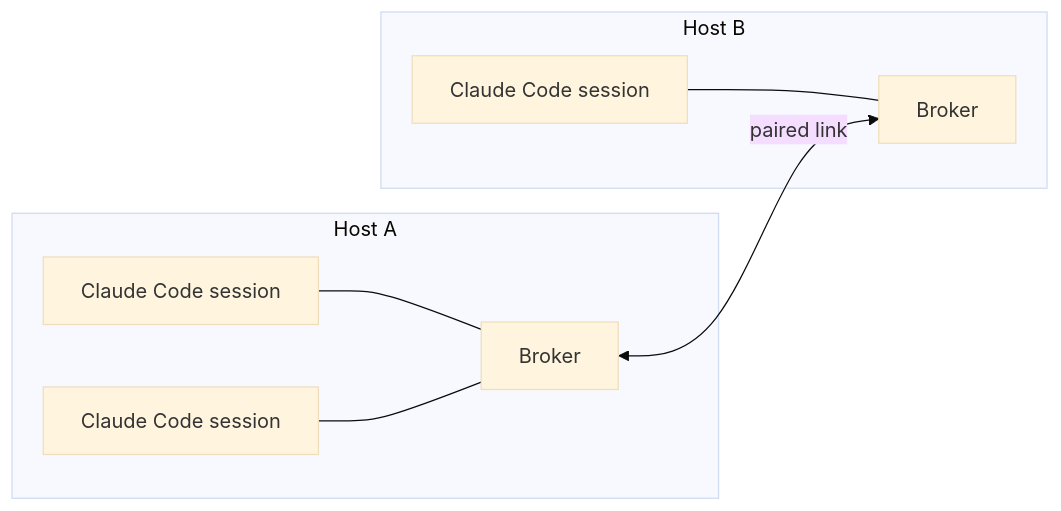
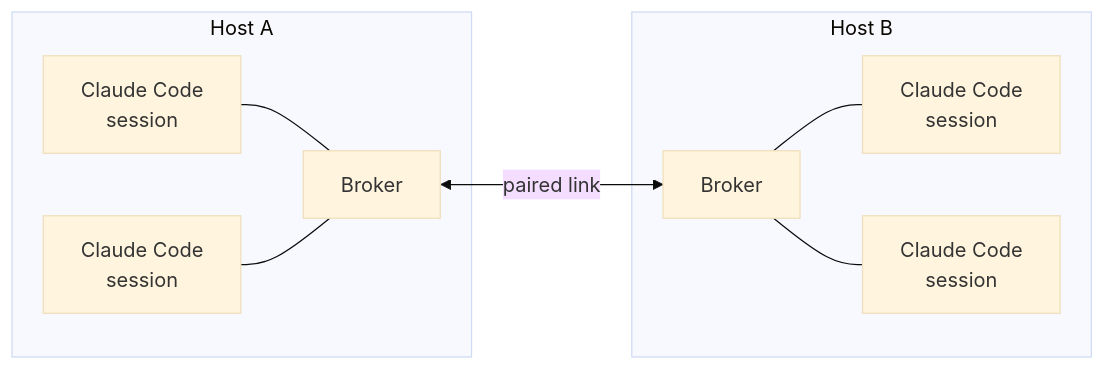
Before and after one commit to wangzw/agent-peer: the diagram in docs/site/content/en/docs/_index.md, drawn with Mermaid (base theme). The commit also changed 2 other files, not shown here.

Commit message:
fix(site): redraw the overview diagram symmetrically
The overview diagram gave Host A two sessions but Host B only one, so the
paired link had to route around the session on Host B, the session-to-Broker
edges crossed, and the two host boxes sat at different heights. Both hosts now
declare two sessions and one Broker, with the Broker declared first on Host B
so that the Brokers face each other across the link and the sessions face
outward. An explicit line break in the session labels replaces the automatic
wrap that split a word. The theme's own colours are kept, so light and dark
mode render unchanged.

Scaling the diagram to the content column left its labels too small to read on
a phone. Below the theme's 768 px single-column breakpoint the SVG now keeps
its natural width and the diagram scrolls inside its own container, while the
page itself does not scroll. mmdc renders both blocks and local screenshots at
desktop and mobile widths confirm the layout.

````diff
--- a/docs/site/content/en/docs/_index.md
+++ b/docs/site/content/en/docs/_index.md
@@ -14,16 +14,18 @@
 ```mermaid
 flowchart LR
   subgraph hostA["Host A"]
-    sessionA1["Claude Code session"]
-    sessionA2["Claude Code session"]
+    sessionA1["Claude Code<br/>session"]
+    sessionA2["Claude Code<br/>session"]
     brokerA["Broker"]
     sessionA1 --- brokerA
     sessionA2 --- brokerA
   end
   subgraph hostB["Host B"]
-    sessionB1["Claude Code session"]
     brokerB["Broker"]
-    sessionB1 --- brokerB
+    sessionB1["Claude Code<br/>session"]
+    sessionB2["Claude Code<br/>session"]
+    brokerB --- sessionB1
+    brokerB --- sessionB2
   end
   brokerA <-->|paired link| brokerB
 ```
````
